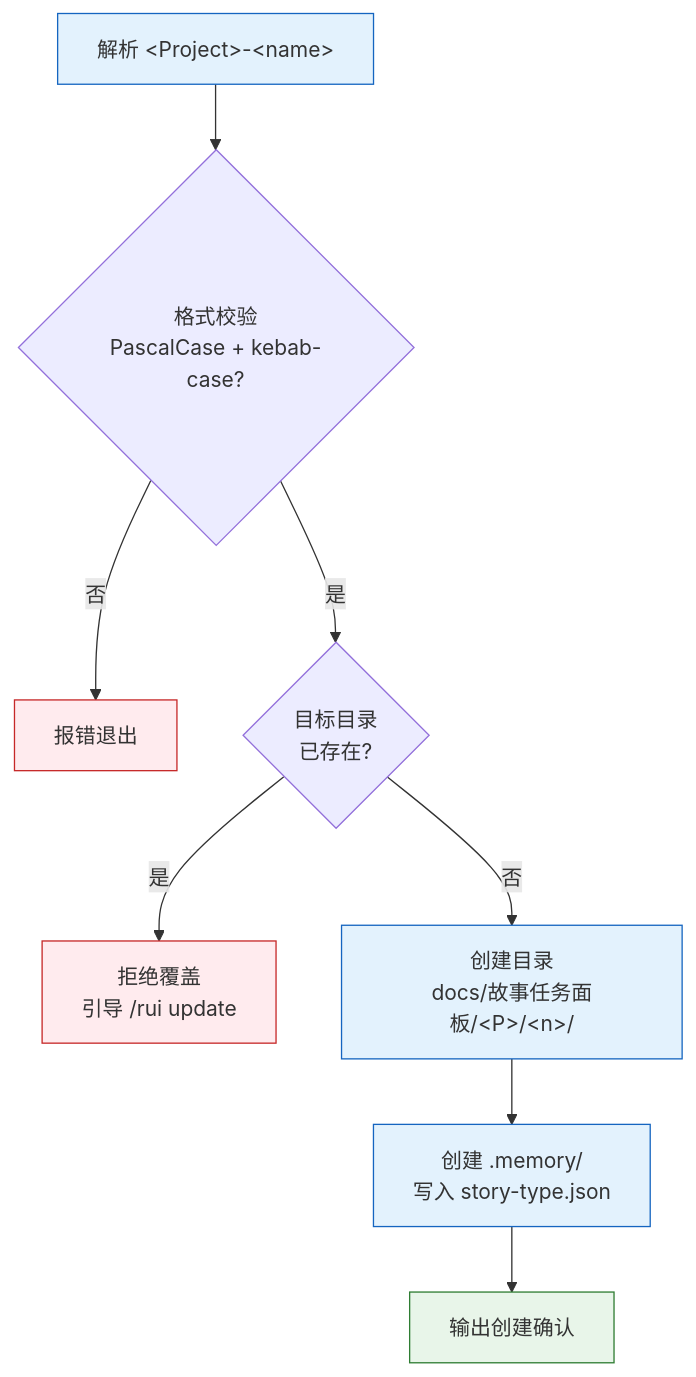
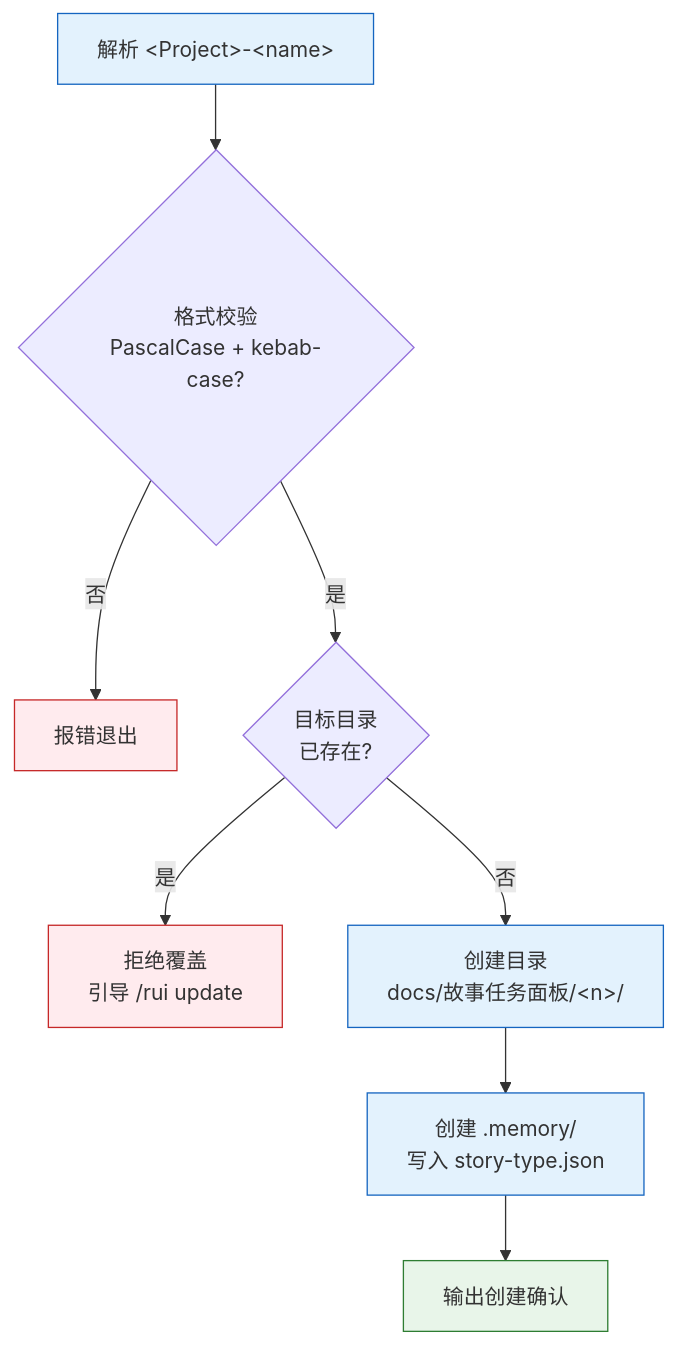
One commit to effiy/YrY changed the seventh of 13 diagrams in skills/rui-story/SKILL.md. Above: the diagram before and after it, drawn with Mermaid. The commit also changed other lines of this file and 12 other files, not shown here.

````diff
--- a/skills/rui-story/SKILL.md
+++ b/skills/rui-story/SKILL.md
@@ -193,14 +193,14 @@
 ```mermaid
 flowchart TD
     PARSE["解析 &lt;Project&gt;-&lt;name&gt;"]:::op --> VALID{"格式校验<br/>PascalCase + kebab-case?"}
     VALID -->|"否"| ERR1["报错退出"]:::bad
     VALID -->|"是"| CONFLICT{"目标目录<br/>已存在?"}
     CONFLICT -->|"是"| ERR2["拒绝覆盖<br/>引导 /rui update"]:::bad
-    CONFLICT -->|"否"| CREATE["创建目录<br/>docs/故事任务面板/&lt;P&gt;/&lt;n&gt;/"]:::op
+    CONFLICT -->|"否"| CREATE["创建目录<br/>docs/故事任务面板/&lt;n&gt;/"]:::op
     CREATE --> MEMORY["创建 .memory/<br/>写入 story-type.json"]:::op
     MEMORY --> DONE["输出创建确认"]:::out
 
     classDef op fill:#e3f2fd,stroke:#1565c0;
     classDef out fill:#e8f5e9,stroke:#2e7d32;
     classDef bad fill:#ffebee,stroke:#c62828;
 ```
````
